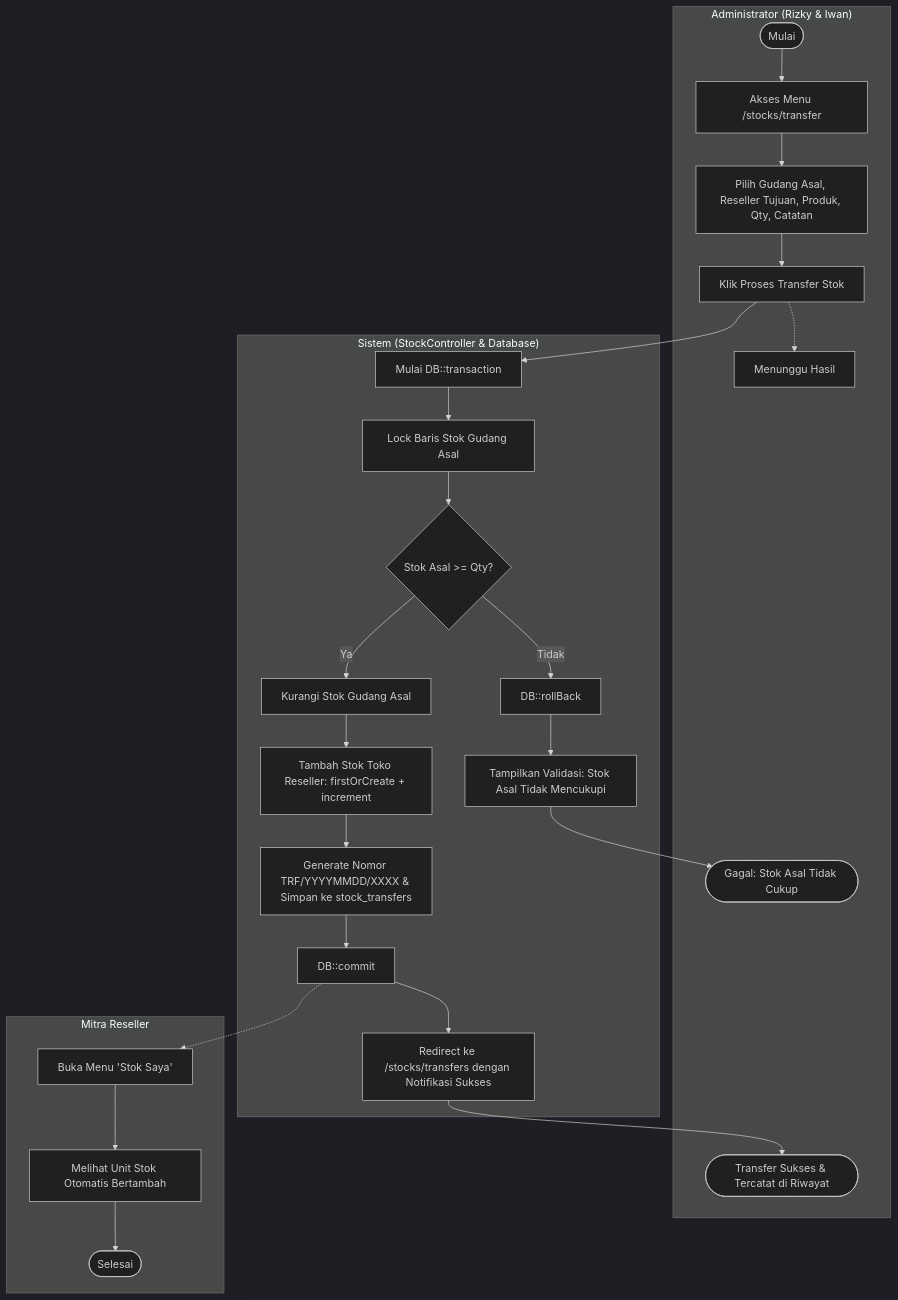
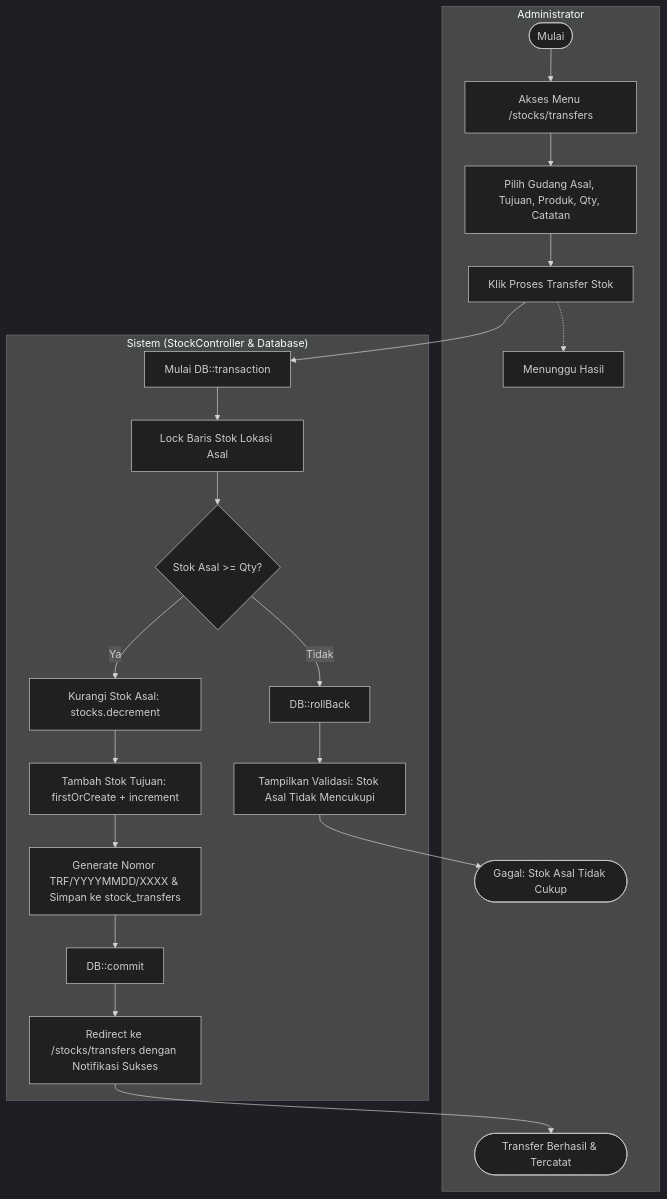
The sixth of 8 diagrams in docs/ACTIVITY_DIAGRAM.md (FatsyahRGT/scentpeep), drawn with Mermaid (dark theme) before and after one commit. The commit also changed other lines of this file and 14 other files, not shown here.

Commit message:
docs: perbarui seluruh dokumen sistem (prd, erd, dfd, use case, activity diagram, kriteria lulus)

````diff
--- a/docs/ACTIVITY_DIAGRAM.md
+++ b/docs/ACTIVITY_DIAGRAM.md
@@ -146,34 +186,28 @@
 ```mermaid
 flowchart TD
-    subgraph Lane_Admin ["Administrator (Rizky & Iwan)"]
-        A_Start([Mulai]) --> A_OpenTrf[Akses Menu /stocks/transfer]
-        A_OpenTrf --> A_Pick[Pilih Gudang Asal, Reseller Tujuan, Produk, Qty, Catatan]
+    subgraph Lane_Admin ["Administrator"]
+        A_Start([Mulai]) --> A_OpenTrf[Akses Menu /stocks/transfers]
+        A_OpenTrf --> A_Pick[Pilih Gudang Asal, Tujuan, Produk, Qty, Catatan]
         A_Pick --> A_Send[Klik Proses Transfer Stok]
         A_Send -.-> A_Wait[Menunggu Hasil]
-        A_Done([Transfer Sukses & Tercatat di Riwayat])
+        A_Done([Transfer Berhasil & Tercatat])
         A_Fail([Gagal: Stok Asal Tidak Cukup])
     end
 
     subgraph Lane_Sistem ["Sistem (StockController & Database)"]
         A_Send --> S_Begin[Mulai DB::transaction]
-        S_Begin --> S_LockOrigin[Lock Baris Stok Gudang Asal]
+        S_Begin --> S_LockOrigin[Lock Baris Stok Lokasi Asal]
         S_LockOrigin --> S_StockOk{Stok Asal >= Qty?}
 
-        S_StockOk -->|Ya| S_SubOrigin[Kurangi Stok Gudang Asal]
-        S_SubOrigin --> S_AddDest[Tambah Stok Toko Reseller: firstOrCreate + increment]
+        S_StockOk -->|Ya| S_SubOrigin[Kurangi Stok Asal: stocks.decrement]
+        S_SubOrigin --> S_AddDest[Tambah Stok Tujuan: firstOrCreate + increment]
         S_AddDest --> S_Audit[Generate Nomor TRF/YYYYMMDD/XXXX & Simpan ke stock_transfers]
         S_Audit --> S_TxDone[DB::commit]
         S_TxDone --> S_TrfSucc[Redirect ke /stocks/transfers dengan Notifikasi Sukses]
         S_TrfSucc --> A_Done
 
         S_StockOk -->|Tidak| S_TxFail[DB::rollBack]
         S_TxFail --> S_TrfErr[Tampilkan Validasi: Stok Asal Tidak Mencukupi]
         S_TrfErr --> A_Fail
     end
-
-    subgraph Lane_Reseller ["Mitra Reseller"]
-        S_TxDone -.-> R_Open[Buka Menu 'Stok Saya']
-        R_Open --> R_View[Melihat Unit Stok Otomatis Bertambah]
-        R_View --> R_End([Selesai])
-    end
 ```
````
